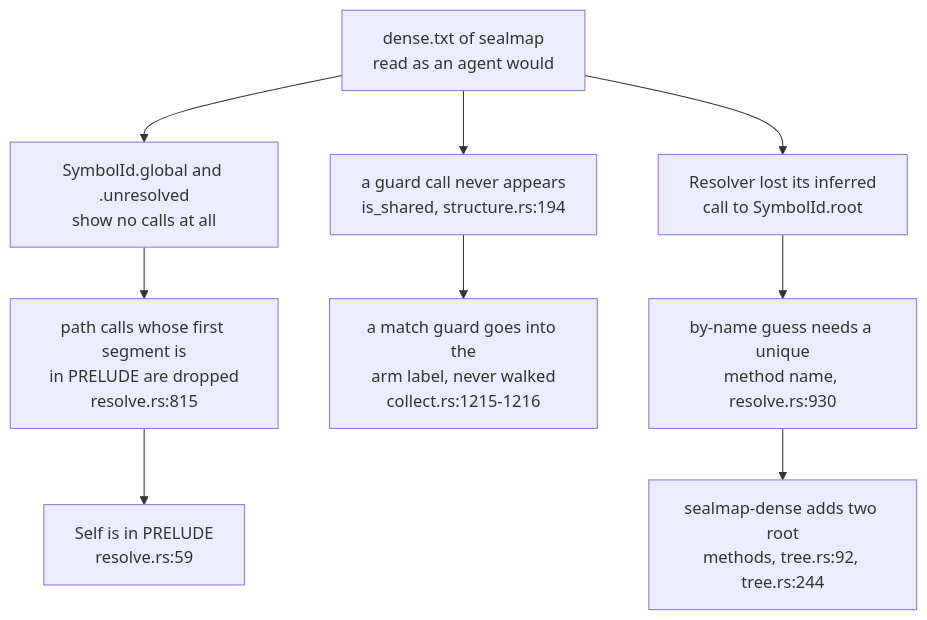
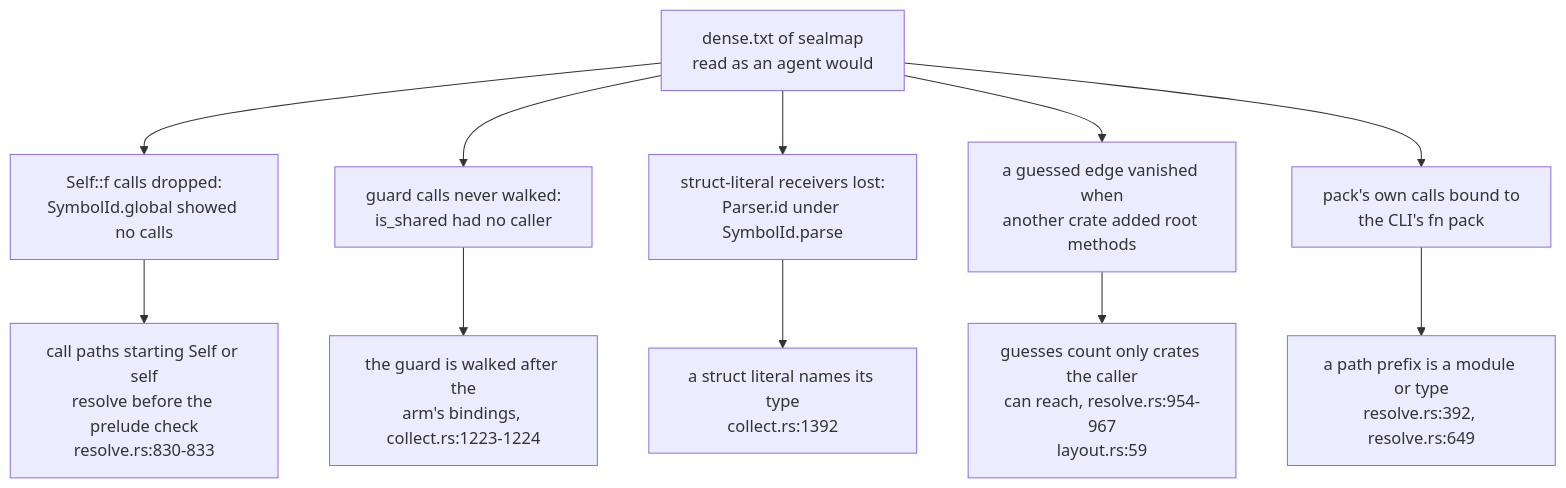
One commit to DreamLab-AI/codemaid changed the sixth of 6 diagrams in docs/diagrams/dense/01-the-dense-agent-projection.md. Above: the diagram before and after it, drawn with Mermaid. The commit also changed other lines of this file and 23 other files, not shown here.

````diff
--- a/docs/diagrams/dense/01-the-dense-agent-projection.md
+++ b/docs/diagrams/dense/01-the-dense-agent-projection.md
@@ -273,18 +277,19 @@
 ```mermaid
 flowchart TB
     R["dense.txt of sealmap<br/>read as an agent would"]
-    S["SymbolId.global and .unresolved<br/>show no calls at all"]
-    S1["path calls whose first segment is<br/>in PRELUDE are dropped<br/>resolve.rs:815"]
-    S2["Self is in PRELUDE<br/>resolve.rs:59"]
-    G["a guard call never appears<br/>is_shared, structure.rs:194"]
-    G1["a match guard goes into the<br/>arm label, never walked<br/>collect.rs:1215-1216"]
-    N["Resolver lost its inferred<br/>call to SymbolId.root"]
-    N1["by-name guess needs a unique<br/>method name, resolve.rs:930"]
-    N2["sealmap-dense adds two root<br/>methods, tree.rs:92, tree.rs:244"]
-    R --> S
-    S --> S1
-    S1 --> S2
-    R --> G --> G1
-    R --> N --> N1
-    N1 --> N2
+    S["Self::f calls dropped:<br/>SymbolId.global showed no calls"]
+    SF["call paths starting Self or self<br/>resolve before the prelude check<br/>resolve.rs:830-833"]
+    G["guard calls never walked:<br/>is_shared had no caller"]
+    GF["the guard is walked after the<br/>arm's bindings, collect.rs:1223-1224"]
+    L["struct-literal receivers lost:<br/>Parser.id under SymbolId.parse"]
+    LF["a struct literal names its type<br/>collect.rs:1392"]
+    N["a guessed edge vanished when<br/>another crate added root methods"]
+    NF["guesses count only crates the caller<br/>can reach, resolve.rs:954-967<br/>layout.rs:59"]
+    P["pack's own calls bound to<br/>the CLI's fn pack"]
+    PF["a path prefix is a module or type<br/>resolve.rs:392, resolve.rs:649"]
+    R --> S --> SF
+    R --> G --> GF
+    R --> L --> LF
+    R --> N --> NF
+    R --> P --> PF
 ```
````
